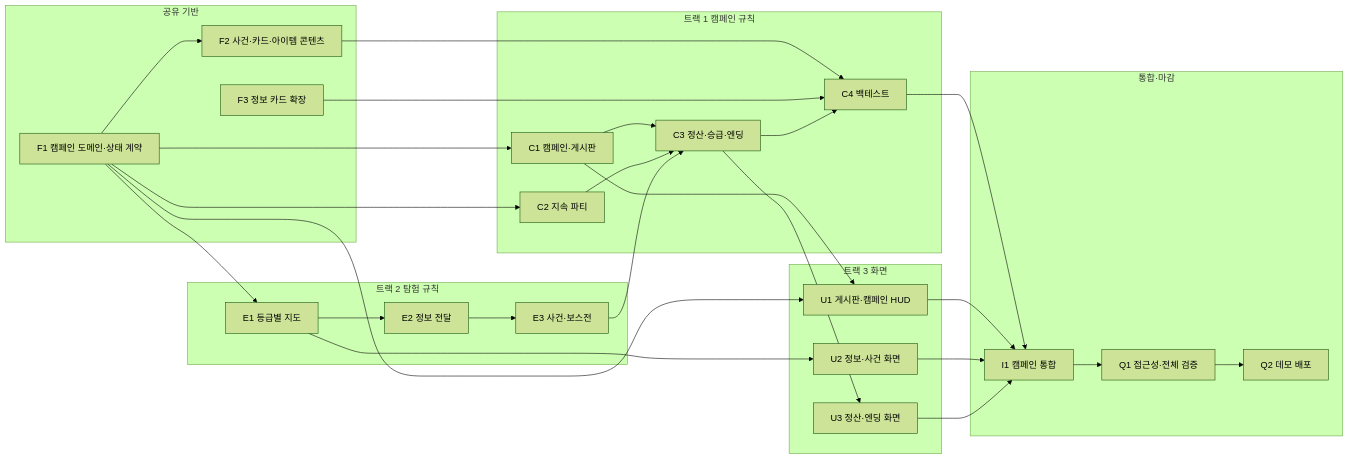
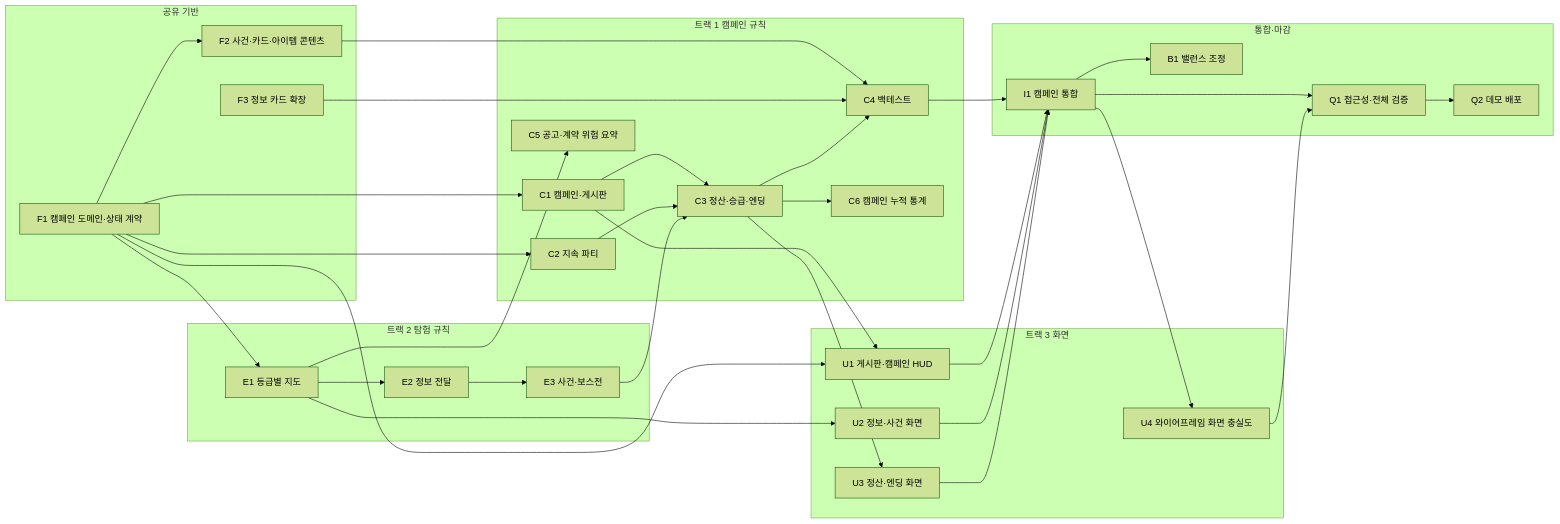
Before and after one commit to LatteBun/Dungeon_Schemer: the diagram in docs/technical/PROTOTYPE_WORK_ASSIGNMENT.md, drawn with Mermaid (forest theme). The commit also changed other lines of this file and 1 other file, not shown here.

First line of the commit message:
설계: 와이어프레임 화면 충실도를 정의한다

````diff
--- a/docs/technical/PROTOTYPE_WORK_ASSIGNMENT.md
+++ b/docs/technical/PROTOTYPE_WORK_ASSIGNMENT.md
@@ -42,45 +42,50 @@
 ```mermaid
 graph LR
   subgraph L0["공유 기반"]
     F1["F1 캠페인 도메인·상태 계약"]
     F2["F2 사건·카드·아이템 콘텐츠"]
     F3["F3 정보 카드 확장"]
   end
   subgraph T1["트랙 1 캠페인 규칙"]
     C1["C1 캠페인·게시판"]
     C2["C2 지속 파티"]
     C3["C3 정산·승급·엔딩"]
     C4["C4 백테스트"]
+    C5["C5 공고·계약 위험 요약"]
+    C6["C6 캠페인 누적 통계"]
   end
   subgraph T2["트랙 2 탐험 규칙"]
     E1["E1 등급별 지도"]
     E2["E2 정보 전달"]
     E3["E3 사건·보스전"]
   end
   subgraph T3["트랙 3 화면"]
     U1["U1 게시판·캠페인 HUD"]
     U2["U2 정보·사건 화면"]
     U3["U3 정산·엔딩 화면"]
+    U4["U4 와이어프레임 화면 충실도"]
   end
   subgraph L4["통합·마감"]
     I1["I1 캠페인 통합"]
+    B1["B1 밸런스 조정"]
     Q1["Q1 접근성·전체 검증"]
     Q2["Q2 데모 배포"]
   end
 
   F1 --> C1 & C2 & E1 & F2 & U1
   F2 --> C4
   F3 --> C4
   C1 --> C3 & U1
   C2 --> C3
-  E1 --> E2 & U2
+  E1 --> E2 & U2 & C5
   E2 --> E3
   E3 --> C3
-  C3 --> C4 & U3
+  C3 --> C4 & U3 & C6
   C4 --> I1
   U1 --> I1
   U2 --> I1
   U3 --> I1
-  I1 --> Q1
+  I1 --> Q1 & U4 & B1
+  U4 --> Q1
   Q1 --> Q2
 ```
````
